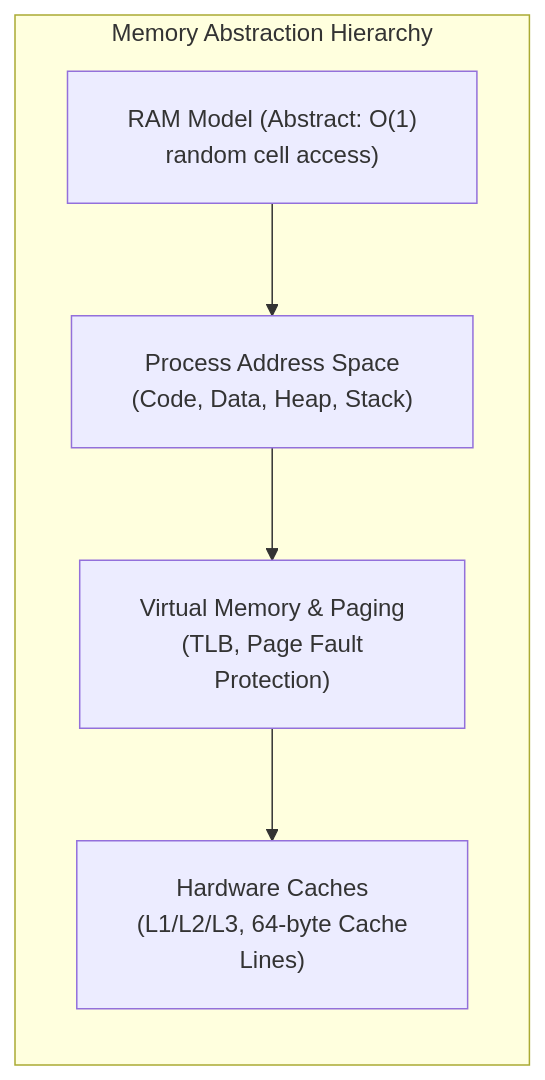
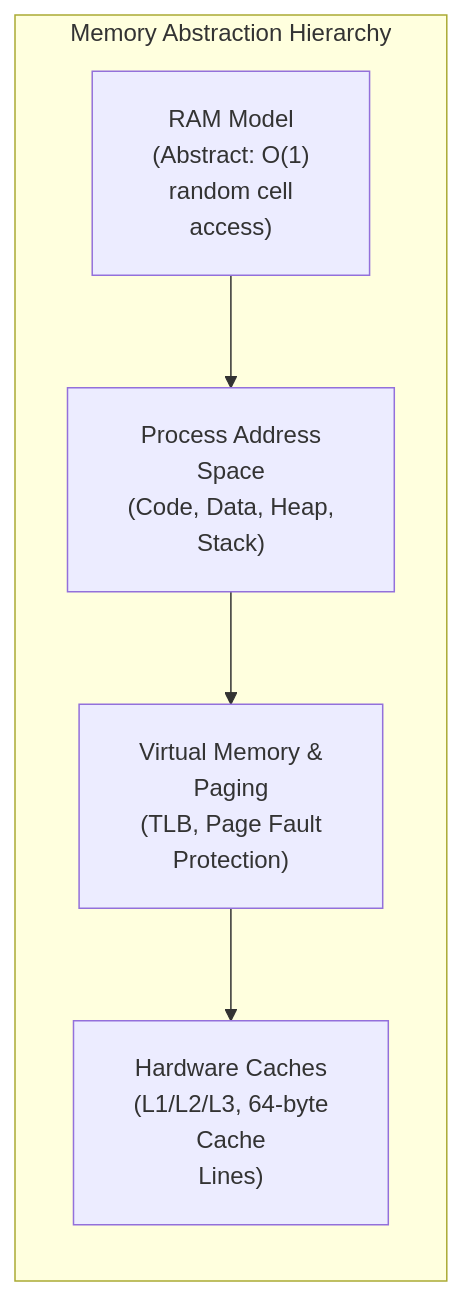
Before and after one commit to dip4k/DSA_102: the first of 3 diagrams in week_01_foundations_i_computational_fundamentals/Week_01_Visual_Concepts_Playbook_HYBRID.md, drawn with Mermaid. The commit also changed other lines of this file and 106 other files, not shown here.

First line of the commit message:
fix(mermaid): prevent text clipping with foreignObject overflow and tighter line wrapping

````diff
--- a/week_01_foundations_i_computational_fundamentals/Week_01_Visual_Concepts_Playbook_HYBRID.md
+++ b/week_01_foundations_i_computational_fundamentals/Week_01_Visual_Concepts_Playbook_HYBRID.md
@@ -40,12 +40,12 @@
 ```mermaid
-%%{init: {"flowchart": {"htmlLabels": true, "padding": 20}}}%%
+%%{init: {"flowchart": {"htmlLabels": true, "padding": 20}, "themeCSS": "foreignObject { overflow: visible !important; }"}}%%
 flowchart TD
     subgraph MemoryLayers["Memory Abstraction Hierarchy"]
         direction TB
-        RAM["RAM Model (Abstract: O(1)<br/>random cell access)"]
-        PAS["Process Address Space<br/>(Code, Data, Heap, Stack)"]
-        VM["Virtual Memory & Paging<br/>(TLB, Page Fault<br/>Protection)"]
-        Cache["Hardware Caches<br/>(L1/L2/L3, 64-byte Cache<br/>Lines)"]
+        RAM["RAM Model<br/>(Abstract: O(1)<br/>random cell<br/>access)"]
+        PAS["Process Address<br/>Space<br/>(Code, Data, Heap,<br/>Stack)"]
+        VM["Virtual Memory &<br/>Paging<br/>(TLB, Page Fault<br/>Protection)"]
+        Cache["Hardware Caches<br/>(L1/L2/L3, 64-byte<br/>Cache<br/>Lines)"]
     end
     RAM --> PAS --> VM --> Cache
 ```
````
